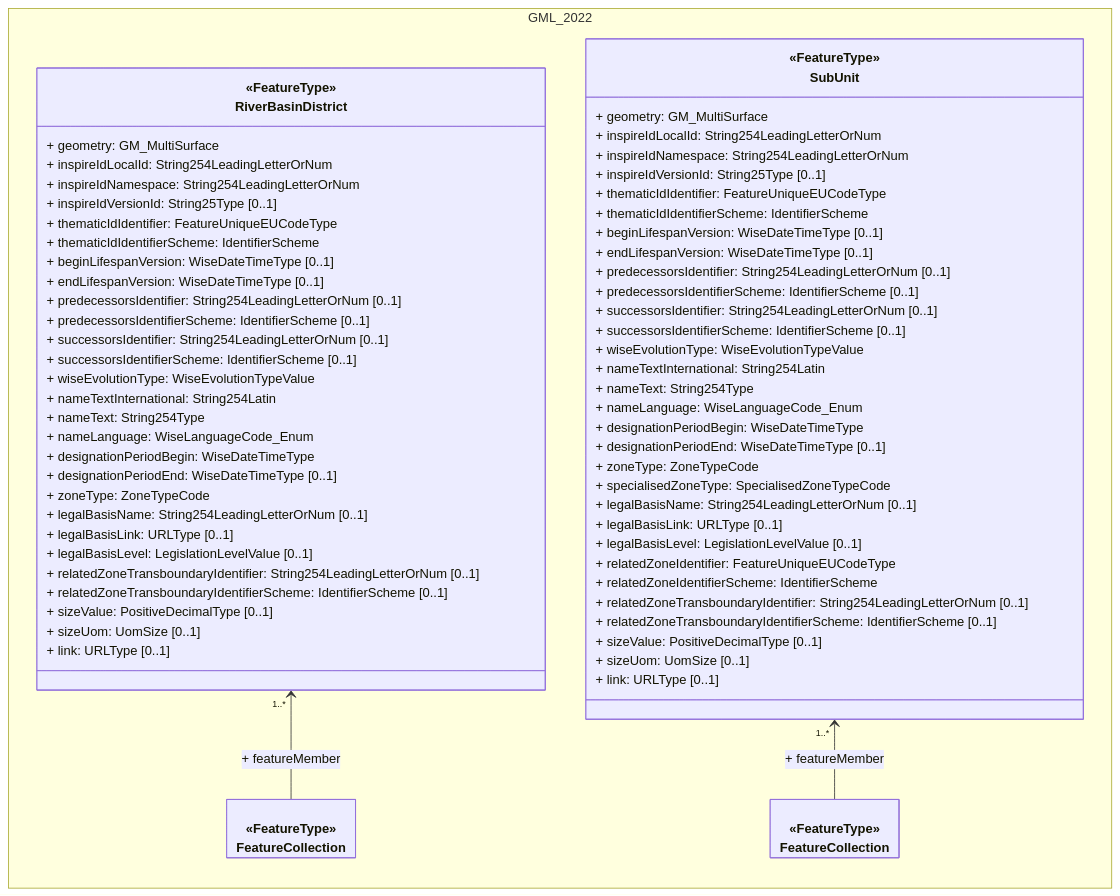
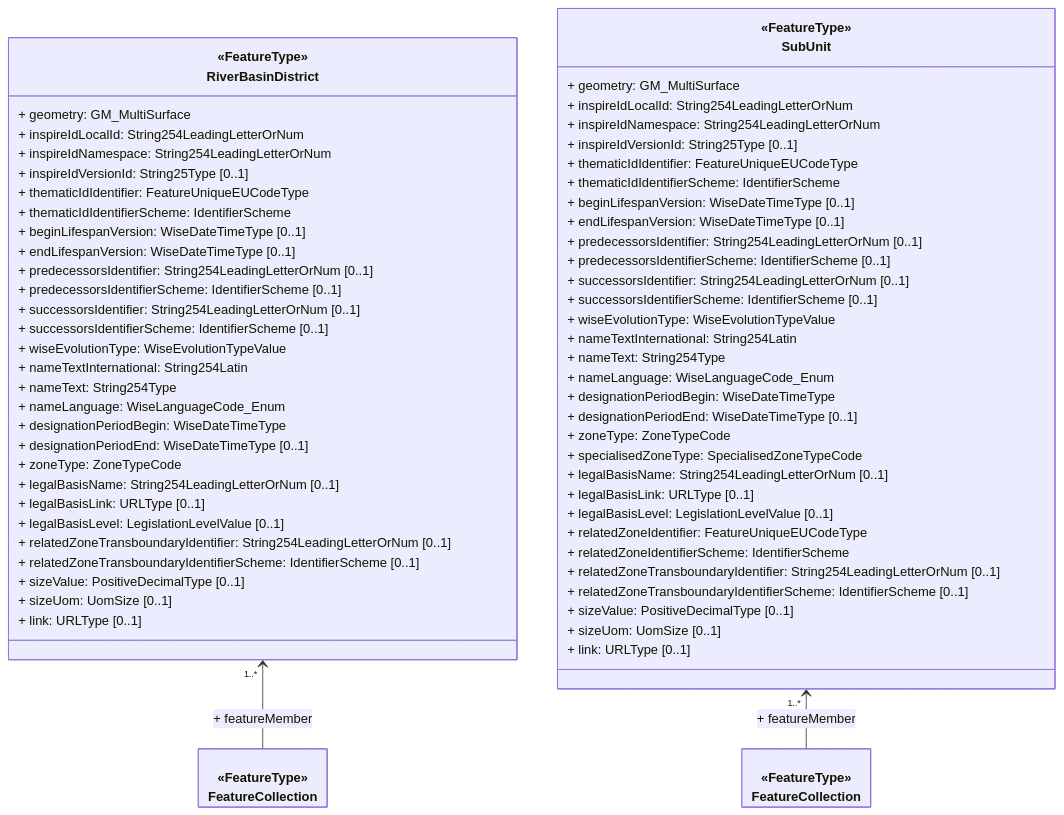
The diagram in docs/DataModelReview/mmd/RBDCA_3rdCycle_GML_ClassDiagram.mmd (eeadata/WISE.WFD.Documentation), drawn with Mermaid before and after one commit. The commit also changed 6 other files, not shown here.

First line of the commit message:
Correcting the Mermaid zoom issue

```diff
--- a/docs/DataModelReview/mmd/RBDCA_3rdCycle_GML_ClassDiagram.mmd
+++ b/docs/DataModelReview/mmd/RBDCA_3rdCycle_GML_ClassDiagram.mmd
@@ -1,85 +1,85 @@
 ---
 config:
   class:
     hideEmptyMembersBox: true
   layout: dagre
   theme: default
 ---
 classDiagram
-direction LR
-namespace GML_2022{
+direction TB
+
 class RiverBasinDistrict["«FeatureType»
 RiverBasinDistrict"] {
 + geometry: GM_MultiSurface
 + inspireIdLocalId: String254LeadingLetterOrNum
 + inspireIdNamespace: String254LeadingLetterOrNum
 + inspireIdVersionId: String25Type [0..1]
 + thematicIdIdentifier: FeatureUniqueEUCodeType
 + thematicIdIdentifierScheme: IdentifierScheme
 + beginLifespanVersion: WiseDateTimeType [0..1]
 + endLifespanVersion: WiseDateTimeType [0..1]
 + predecessorsIdentifier: String254LeadingLetterOrNum [0..1]
 + predecessorsIdentifierScheme: IdentifierScheme [0..1]
 + successorsIdentifier: String254LeadingLetterOrNum [0..1]
 + successorsIdentifierScheme: IdentifierScheme [0..1]
 + wiseEvolutionType: WiseEvolutionTypeValue
 + nameTextInternational: String254Latin
 + nameText: String254Type
 + nameLanguage: WiseLanguageCode_Enum
 + designationPeriodBegin: WiseDateTimeType
 + designationPeriodEnd: WiseDateTimeType [0..1]
 + zoneType: ZoneTypeCode
 + legalBasisName: String254LeadingLetterOrNum [0..1]
 + legalBasisLink: URLType [0..1]
 + legalBasisLevel: LegislationLevelValue [0..1]
 + relatedZoneTransboundaryIdentifier: String254LeadingLetterOrNum [0..1]
 + relatedZoneTransboundaryIdentifierScheme: IdentifierScheme [0..1]
 + sizeValue: PositiveDecimalType [0..1]
 + sizeUom: UomSize [0..1]
 + link: URLType [0..1]
 }
 
 class FeatureCollectionRBD["«FeatureType»
 FeatureCollection"] {
 }
 
 class SubUnit["«FeatureType»
 SubUnit"] {
 + geometry: GM_MultiSurface
 + inspireIdLocalId: String254LeadingLetterOrNum
 + inspireIdNamespace: String254LeadingLetterOrNum
 + inspireIdVersionId: String25Type [0..1]
 + thematicIdIdentifier: FeatureUniqueEUCodeType
 + thematicIdIdentifierScheme: IdentifierScheme
 + beginLifespanVersion: WiseDateTimeType [0..1]
 + endLifespanVersion: WiseDateTimeType [0..1]
 + predecessorsIdentifier: String254LeadingLetterOrNum [0..1]
 + predecessorsIdentifierScheme: IdentifierScheme [0..1]
 + successorsIdentifier: String254LeadingLetterOrNum [0..1]
 + successorsIdentifierScheme: IdentifierScheme [0..1]
 + wiseEvolutionType: WiseEvolutionTypeValue
 + nameTextInternational: String254Latin
 + nameText: String254Type
 + nameLanguage: WiseLanguageCode_Enum
 + designationPeriodBegin: WiseDateTimeType
 + designationPeriodEnd: WiseDateTimeType [0..1]
 + zoneType: ZoneTypeCode
 + specialisedZoneType: SpecialisedZoneTypeCode
 + legalBasisName: String254LeadingLetterOrNum [0..1]
 + legalBasisLink: URLType [0..1]
 + legalBasisLevel: LegislationLevelValue [0..1]
 + relatedZoneIdentifier: FeatureUniqueEUCodeType
 + relatedZoneIdentifierScheme: IdentifierScheme
 + relatedZoneTransboundaryIdentifier: String254LeadingLetterOrNum [0..1]
 + relatedZoneTransboundaryIdentifierScheme: IdentifierScheme [0..1]
 + sizeValue: PositiveDecimalType [0..1]
 + sizeUom: UomSize [0..1]
 + link: URLType [0..1]
 }
 
 class FeatureCollectionSU["«FeatureType»
 FeatureCollection"] {
 }
-}
+
 RiverBasinDistrict "1..*" <-- FeatureCollectionRBD : + featureMember
 SubUnit "1..*" <-- FeatureCollectionSU : + featureMember
```
